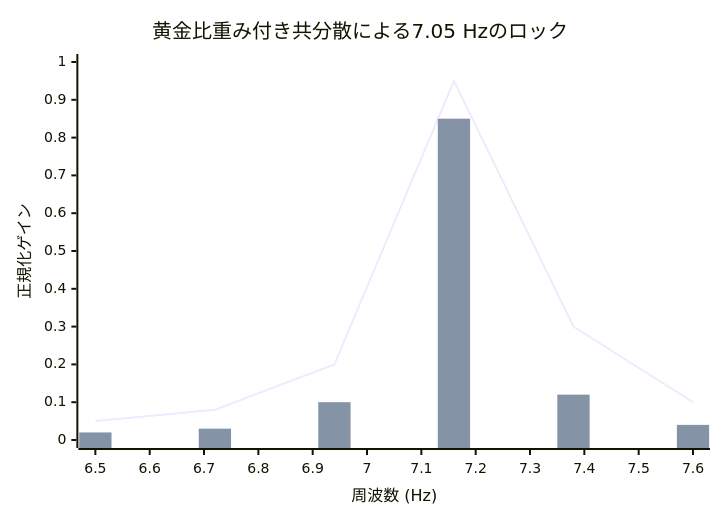
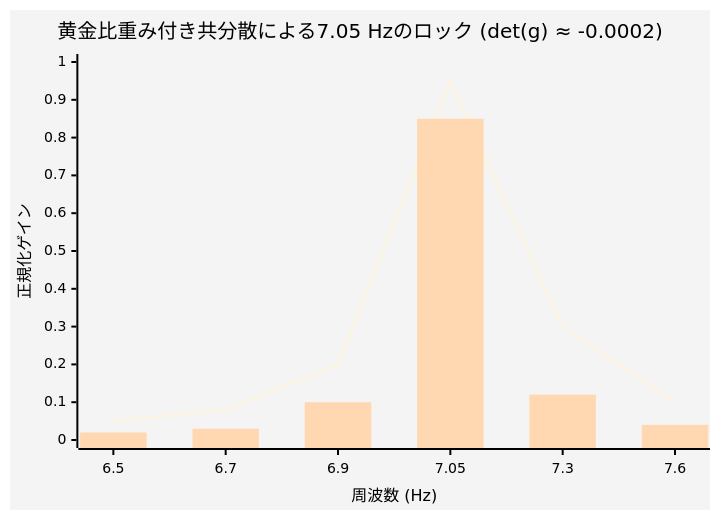
Diagram 15 of 20 in WSP_knowledge/docs/Papers/Patent_Series/04_rESP_Patent_Japanese.md (Foundup/Foundups-Agent), drawn with Mermaid before and after one commit. The commit also changed other lines of this file, not shown here.

Commit message:
Add comprehensive technical specifications to patent diagrams - quantum thresholds and precise mathematical formulations

````diff
--- a/WSP_knowledge/docs/Papers/Patent_Series/04_rESP_Patent_Japanese.md
+++ b/WSP_knowledge/docs/Papers/Patent_Series/04_rESP_Patent_Japanese.md
@@ -428,8 +428,9 @@
 ```mermaid
+%%{init: {'theme': 'base', 'themeVariables': {'primaryColor': '#ffffff', 'primaryTextColor': '#000000', 'primaryBorderColor': '#000000', 'lineColor': '#000000', 'secondaryColor': '#ffffff', 'tertiaryColor': '#ffffff'}}}%%
 xychart-beta
-    title "黄金比重み付き共分散による7.05 Hzのロック"
-    x-axis "周波数 (Hz)" 6.5 --> 7.6
+    title "黄金比重み付き共分散による7.05 Hzのロック (det(g) ≈ -0.0002)"
+    x-axis "周波数 (Hz)" [6.5, 6.7, 6.9, 7.05, 7.3, 7.6]
     y-axis "正規化ゲイン" 0 --> 1
     line [0.05, 0.08, 0.20, 0.95, 0.30, 0.10]
     bar [0.02, 0.03, 0.10, 0.85, 0.12, 0.04]
 ```
````
